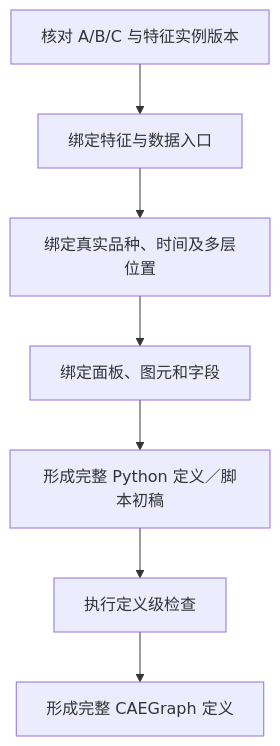
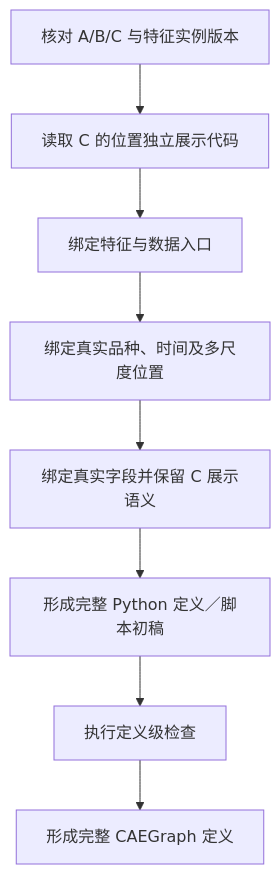
One commit to daowei2026/observe-iterate changed the diagram in skills/observation-material-preparation/caegraph-definition-integration/WORKFLOW.md. Above: the diagram before and after it, drawn with Mermaid. The commit also changed other lines of this file, not shown here.

````diff
--- a/skills/observation-material-preparation/caegraph-definition-integration/WORKFLOW.md
+++ b/skills/observation-material-preparation/caegraph-definition-integration/WORKFLOW.md
@@ -5,9 +5,10 @@
 ```mermaid
 flowchart TD
-  D1[核对 A/B/C 与特征实例版本] --> D2[绑定特征与数据入口]
-  D2 --> D3[绑定真实品种、时间及多层位置]
-  D3 --> D4[绑定面板、图元和字段]
-  D4 --> D5[形成完整 Python 定义／脚本初稿]
-  D5 --> D6[执行定义级检查]
-  D6 --> D7[形成完整 CAEGraph 定义]
+  D1[核对 A/B/C 与特征实例版本] --> D2[读取 C 的位置独立展示代码]
+  D2 --> D3[绑定特征与数据入口]
+  D3 --> D4[绑定真实品种、时间及多尺度位置]
+  D4 --> D5[绑定真实字段并保留 C 展示语义]
+  D5 --> D6[形成完整 Python 定义／脚本初稿]
+  D6 --> D7[执行定义级检查]
+  D7 --> D8[形成完整 CAEGraph 定义]
 ```
````
